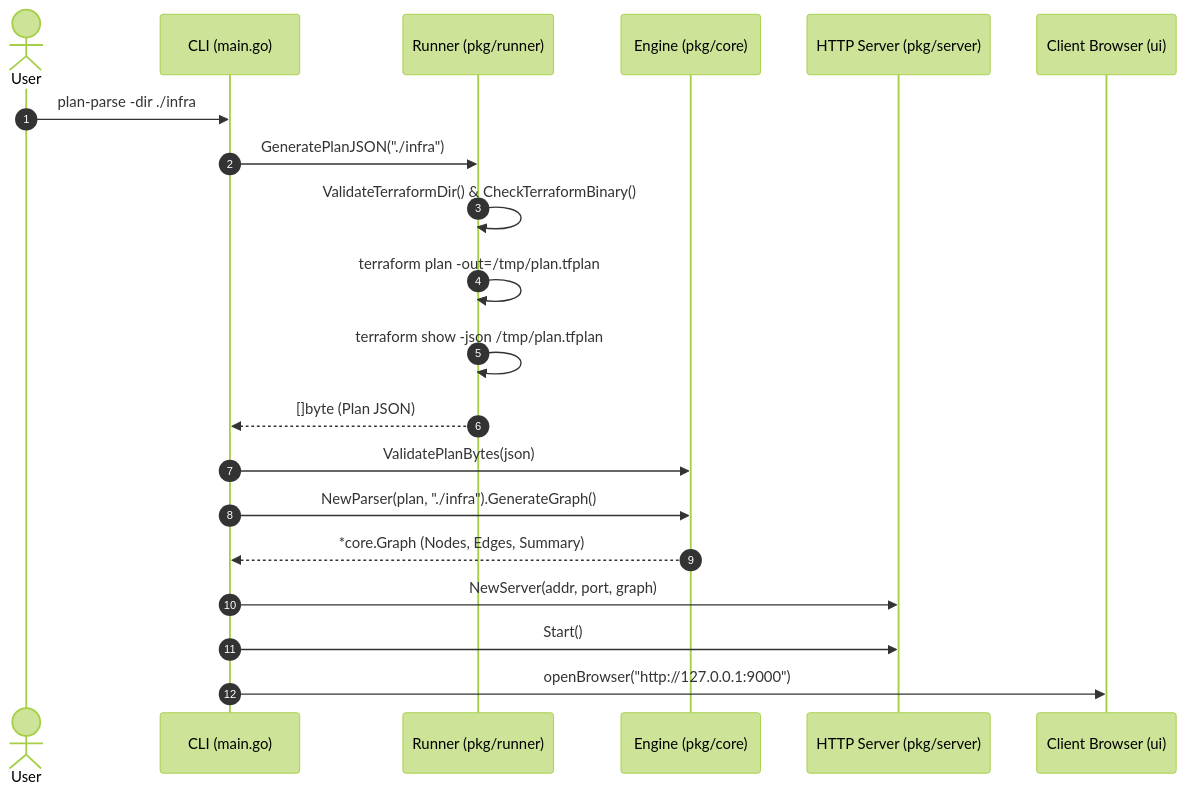
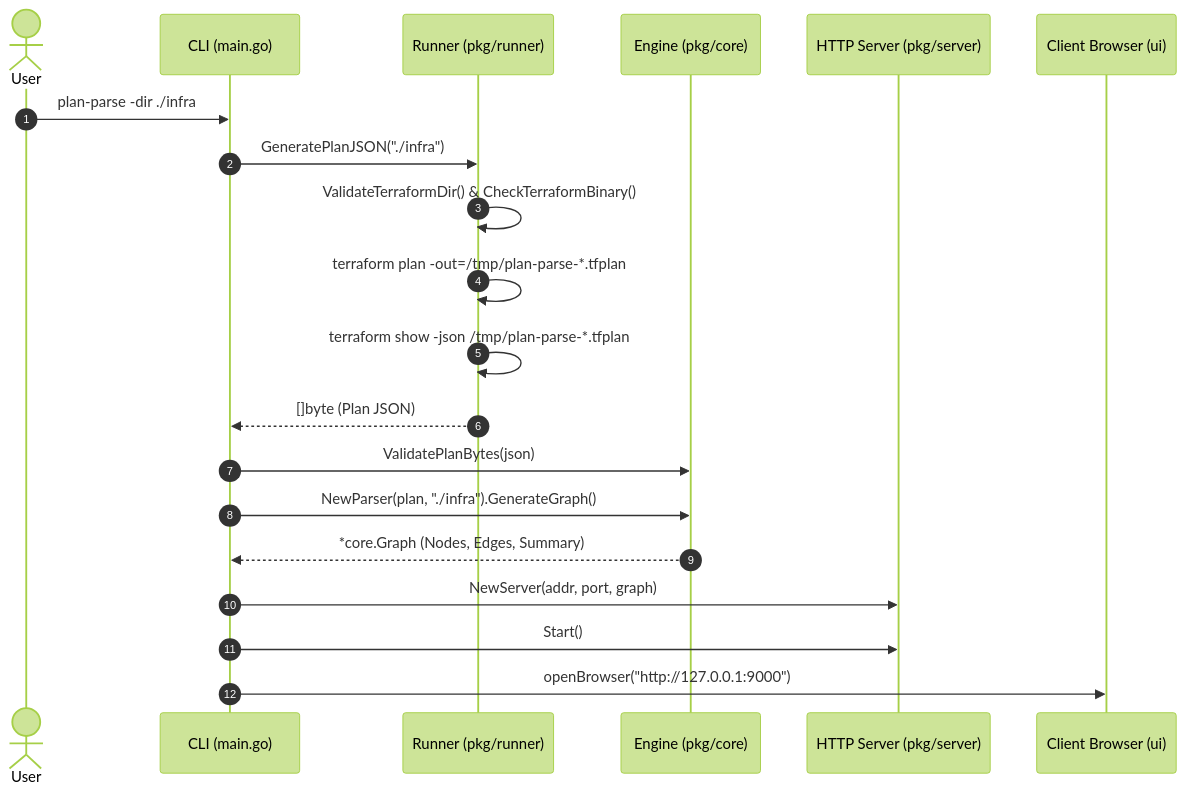
The second of 3 diagrams in README.md (AatirNadim/plan-parse), drawn with Mermaid (forest theme) before and after one commit. The commit also changed other lines of this file and 6 other files, not shown here.

First line of the commit message:
refactor: Revamp UI documentation and component architecture for Developer Workbench

````diff
--- a/README.md
+++ b/README.md
@@ -85,23 +88,23 @@
 ```mermaid
 sequenceDiagram
     autonumber
     actor User
     participant CLI as CLI (main.go)
     participant Runner as Runner (pkg/runner)
     participant Core as Engine (pkg/core)
     participant Server as HTTP Server (pkg/server)
     participant Browser as Client Browser (ui)
 
     User->>CLI: plan-parse -dir ./infra
     CLI->>Runner: GeneratePlanJSON("./infra")
     Runner->>Runner: ValidateTerraformDir() & CheckTerraformBinary()
-    Runner->>Runner: terraform plan -out=/tmp/plan.tfplan
-    Runner->>Runner: terraform show -json /tmp/plan.tfplan
+    Runner->>Runner: terraform plan -out=/tmp/plan-parse-*.tfplan
+    Runner->>Runner: terraform show -json /tmp/plan-parse-*.tfplan
     Runner-->>CLI: []byte (Plan JSON)
     CLI->>Core: ValidatePlanBytes(json)
     CLI->>Core: NewParser(plan, "./infra").GenerateGraph()
     Core-->>CLI: *core.Graph (Nodes, Edges, Summary)
     CLI->>Server: NewServer(addr, port, graph)
     CLI->>Server: Start()
     CLI->>Browser: openBrowser("http://127.0.0.1:9000")
 ```
````
